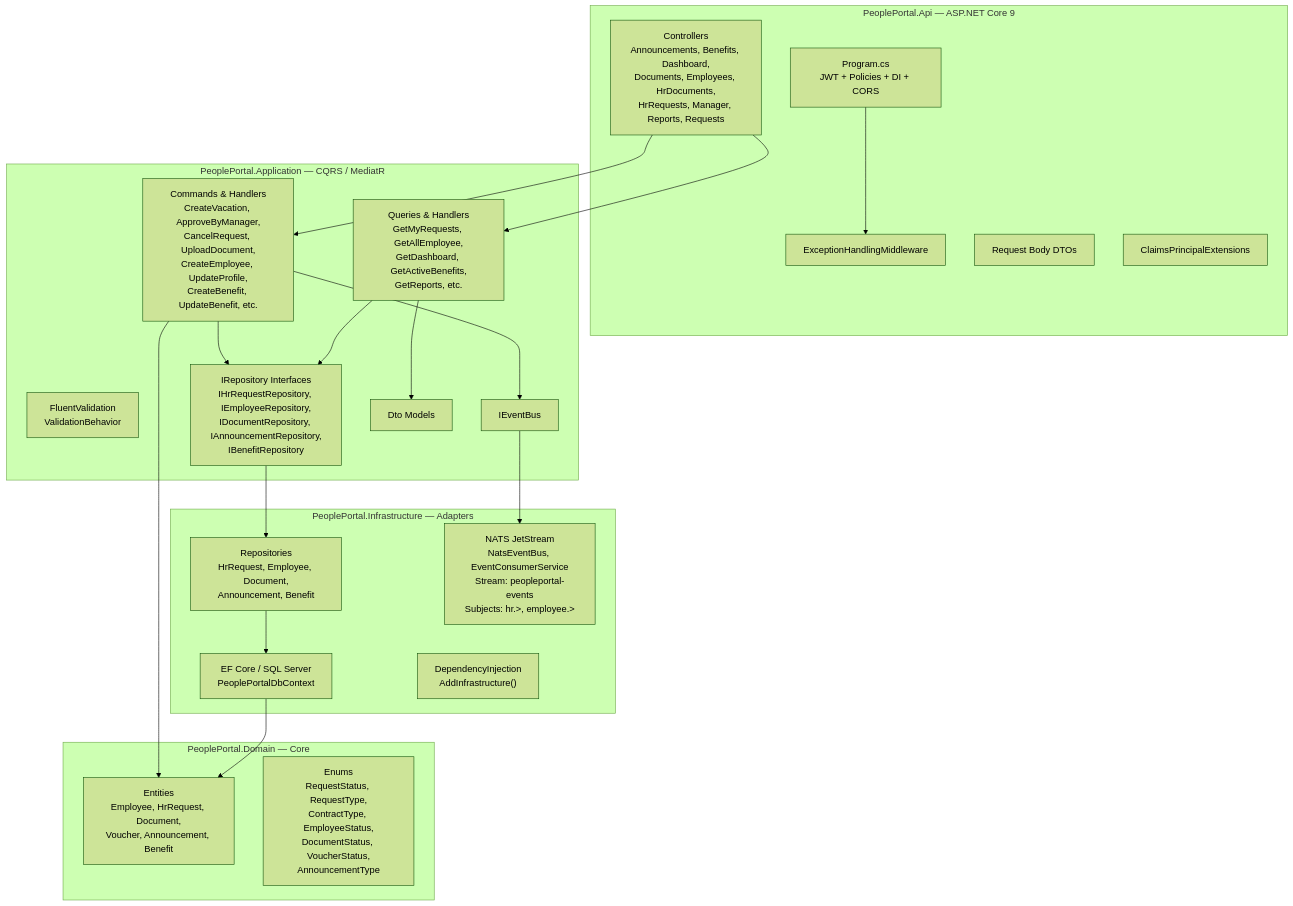
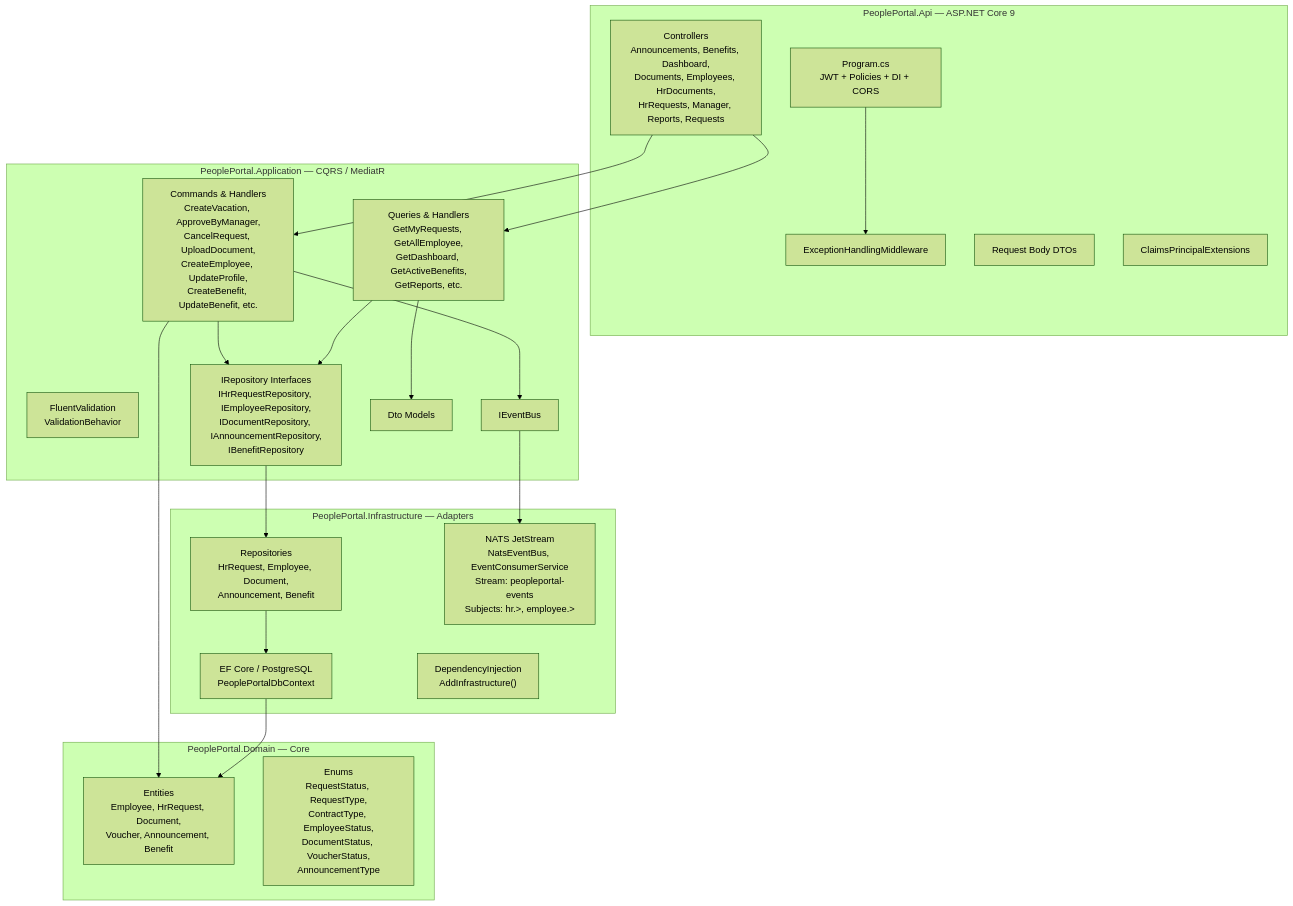
The first of 3 diagrams in docs/arquitectura.md (bryanjosue17/PeoplePortal-BackEnd), drawn with Mermaid (forest theme) before and after one commit. The commit also changed other lines of this file and 16 other files, not shown here.

Commit message:
feat: migración completa de SQL Server a PostgreSQL

````diff
--- a/docs/arquitectura.md
+++ b/docs/arquitectura.md
@@ -5,44 +5,44 @@
 ```mermaid
 graph TB
     subgraph API["PeoplePortal.Api — ASP.NET Core 9"]
         Controllers["Controllers\nAnnouncements, Benefits, Dashboard,\nDocuments, Employees, HrDocuments,\nHrRequests, Manager, Reports, Requests"]
         Middleware["ExceptionHandlingMiddleware"]
         Program["Program.cs\nJWT + Policies + DI + CORS"]
         Contracts["Request Body DTOs"]
         Extensions["ClaimsPrincipalExtensions"]
     end
 
     subgraph Application["PeoplePortal.Application — CQRS / MediatR"]
         Commands["Commands & Handlers\nCreateVacation, ApproveByManager,\nCancelRequest, UploadDocument,\nCreateEmployee, UpdateProfile,\nCreateBenefit, UpdateBenefit, etc."]
         Queries["Queries & Handlers\nGetMyRequests, GetAllEmployee,\nGetDashboard, GetActiveBenefits,\nGetReports, etc."]
         Validators["FluentValidation\nValidationBehavior<T>"]
         Interfaces["IEventBus"]
         RepoInterfaces["IRepository Interfaces\nIHrRequestRepository, IEmployeeRepository,\nIDocumentRepository, IAnnouncementRepository,\nIBenefitRepository"]
         DTOs["Dto Models"]
     end
 
     subgraph Domain["PeoplePortal.Domain — Core"]
         Entities["Entities\nEmployee, HrRequest, Document,\nVoucher, Announcement, Benefit"]
         Enums["Enums\nRequestStatus, RequestType,\nContractType, EmployeeStatus,\nDocumentStatus, VoucherStatus,\nAnnouncementType"]
     end
 
     subgraph Infrastructure["PeoplePortal.Infrastructure — Adapters"]
-        EF["EF Core / SQL Server\nPeoplePortalDbContext"]
+        EF["EF Core / PostgreSQL\nPeoplePortalDbContext"]
         Repos["Repositories\nHrRequest, Employee, Document,\nAnnouncement, Benefit"]
         NATS["NATS JetStream\nNatsEventBus, EventConsumerService\nStream: peopleportal-events\nSubjects: hr.>, employee.>"]
         DI["DependencyInjection\nAddInfrastructure()"]
     end
 
     Controllers --> Commands
     Controllers --> Queries
     Commands --> RepoInterfaces
     Commands --> Interfaces
     Queries --> RepoInterfaces
     Commands --> Entities
     Queries --> DTOs
     Program --> Middleware
     RepoInterfaces --> Repos
     Interfaces --> NATS
     Repos --> EF
     EF --> Entities
 ```
````
